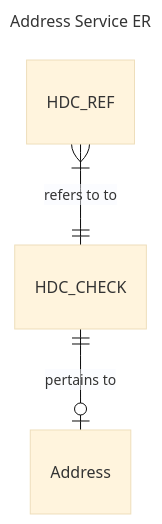
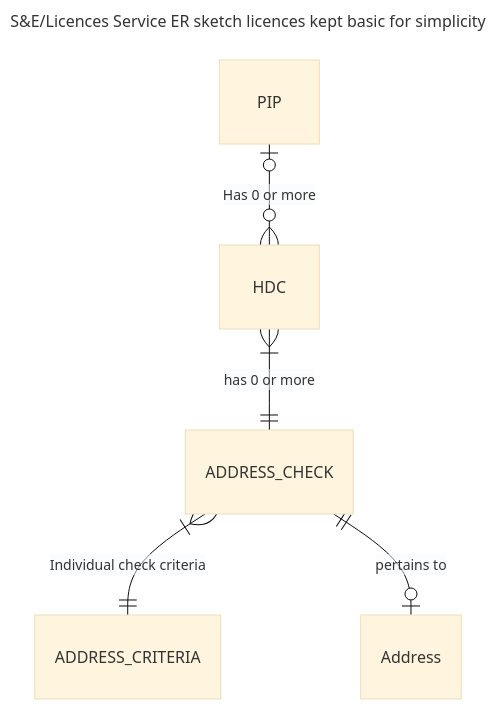
Before and after one commit to ministryofjustice/licences: the diagram in documentation/overall_er.mermaid, drawn with Mermaid (base theme).

Commit message:
Added ER linking AFER & address service

```diff
--- a/documentation/overall_er.mermaid
+++ b/documentation/overall_er.mermaid
@@ -1,6 +1,9 @@
 ---
-title: Address Service ER
+title: S&E/Licences Service ER sketch licences kept basic for simplicity
 ---
+%% This is an attempt to model the data structures across 2 services; AFER & Address service
 erDiagram
-  HDC_REF }|--|| HDC_CHECK : "refers to to"
-  HDC_CHECK ||--o| Address : "pertains to"
+  PIP |o--o{ HDC: "Has 0 or more"
+  HDC }|--|| ADDRESS_CHECK : "has 0 or more"
+  ADDRESS_CHECK }|--|| ADDRESS_CRITERIA: "Individual check criteria"
+  ADDRESS_CHECK ||--o| Address : "pertains to"
```
